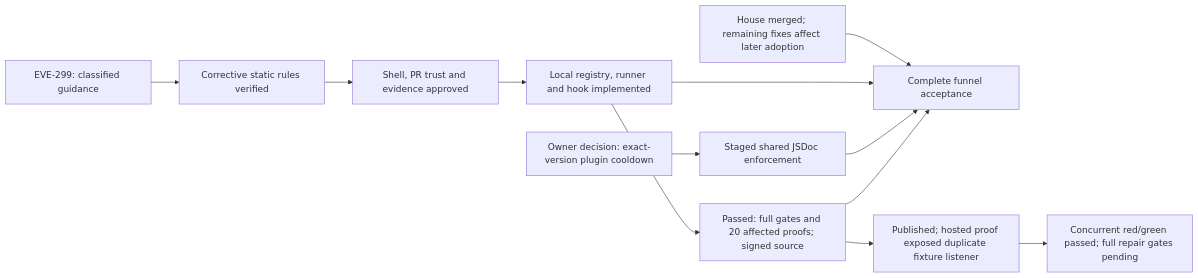
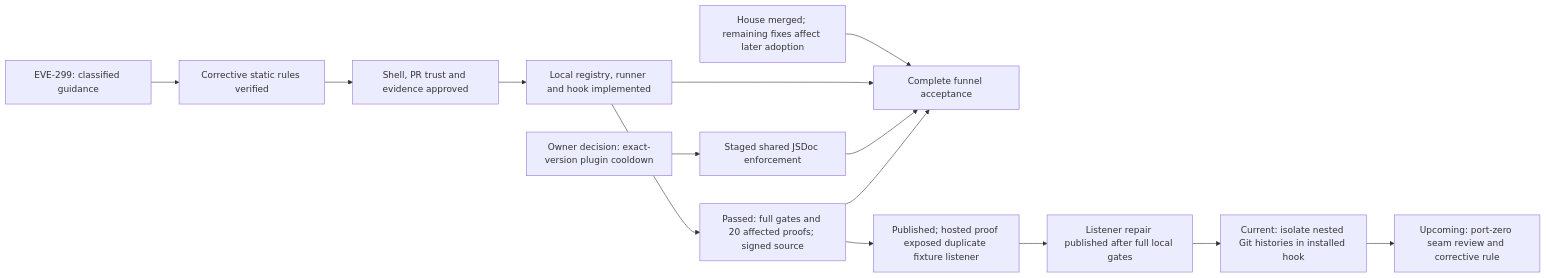
One commit to Resnovas/Eventiva changed the third of 46 diagrams in docs/planning/timeline.md. Above: the diagram before and after it, drawn with Mermaid. The commit also changed other lines of this file and 6 other files, not shown here.

First line of the commit message:
fix(verification): isolate Git context in hook child checks

````diff
--- a/docs/planning/timeline.md
+++ b/docs/planning/timeline.md
@@ -85,14 +87,16 @@
 ```mermaid
 flowchart LR
     FunnelReview["EVE-299: classified guidance"] --> StaticSlice["Corrective static rules verified"]
     StaticSlice --> OwnerChoices["Shell, PR trust and evidence approved"]
     OwnerChoices --> FeatureProof["Local registry, runner and hook implemented"]
     HouseSource["House merged; remaining fixes affect later adoption"] --> FullFunnel["Complete funnel acceptance"]
     FeatureProof --> FullFunnel
     FeatureProof --> Delivery["Passed: full gates and 20 affected proofs; signed source"]
     Delivery --> Publication["Published; hosted proof exposed duplicate fixture listener"]
-    Publication --> FixtureRepair["Concurrent red/green passed; full repair gates pending"]
+    Publication --> FixtureRepair["Listener repair published after full local gates"]
+    FixtureRepair --> HookRepair["Current: isolate nested Git histories in installed hook"]
+    HookRepair --> PortPolicy["Upcoming: port-zero seam review and corrective rule"]
     Cooldown["Owner decision: exact-version plugin cooldown"] --> SharedRules["Staged shared JSDoc enforcement"]
     SharedRules --> FullFunnel
     Delivery --> FullFunnel
 ```
````
